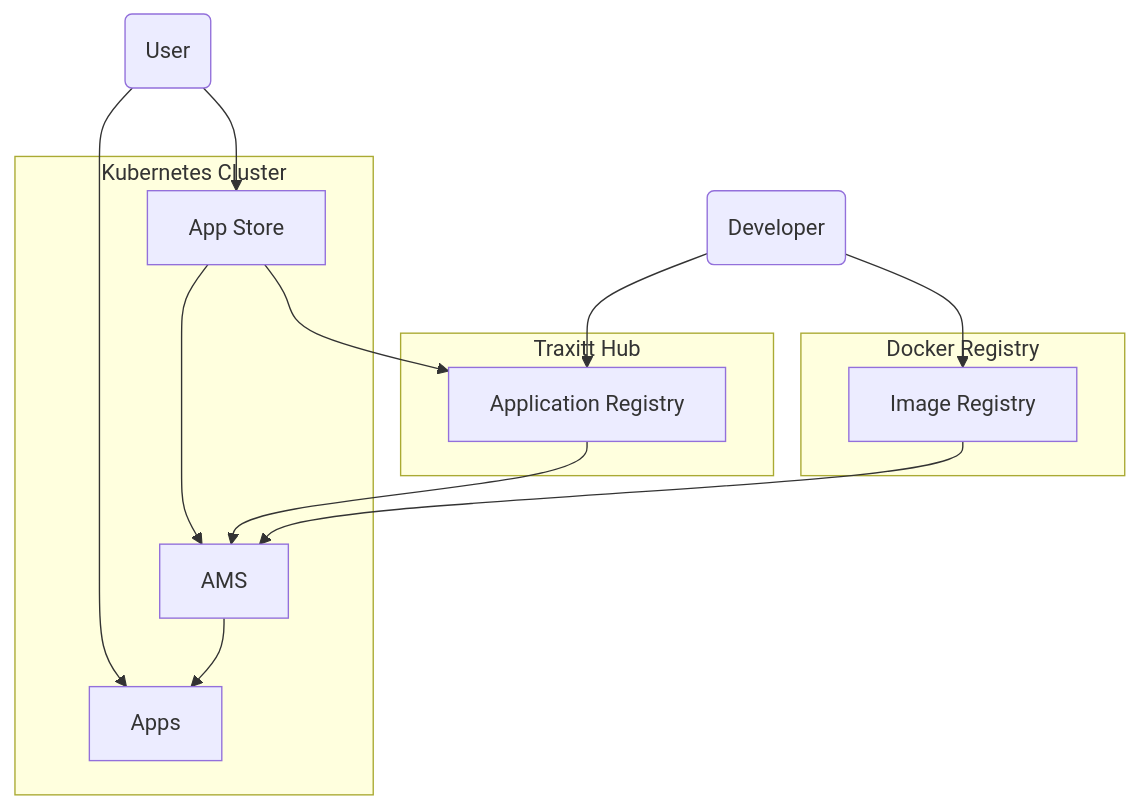
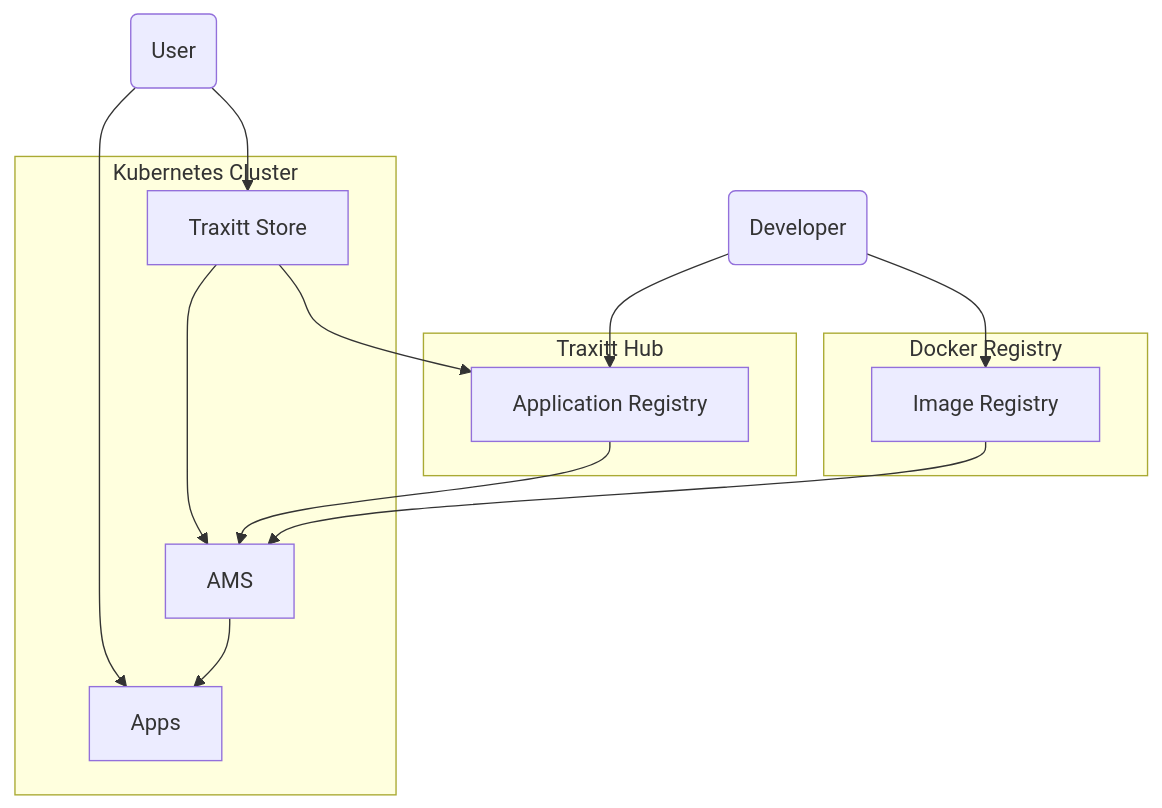
One commit to c6o/docs changed the diagram in content/app-service.md. Above: the diagram before and after it, drawn with Mermaid. The commit also changed other lines of this file, not shown here.

````diff
--- a/content/app-service.md
+++ b/content/app-service.md
@@ -27,25 +27,25 @@
 ```mermaid
 graph TB
     user(User)
     developer(Developer)
     subgraph Traxitt Hub
        hub[Application Registry]
     end
     subgraph Docker Registry
        docker[Image Registry]
     end
     subgraph Kubernetes Cluster
         ams1[AMS]
-        as1[App Store]
+        as1[Traxitt Store]
         app1[Apps]
     end
     user-->as1
     user-->app1
     developer-->hub
     developer-->docker
     as1-->ams1
     ams1-->app1
     as1-->hub
     hub-->ams1
     docker-->ams1
 ```
````
